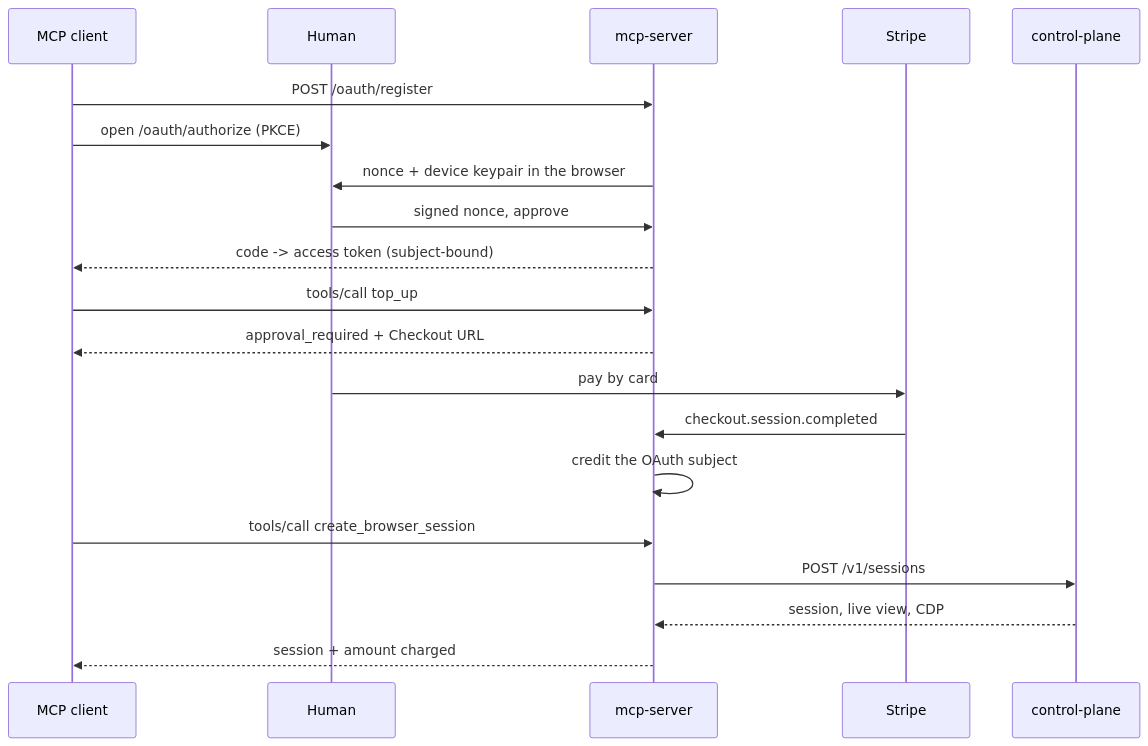
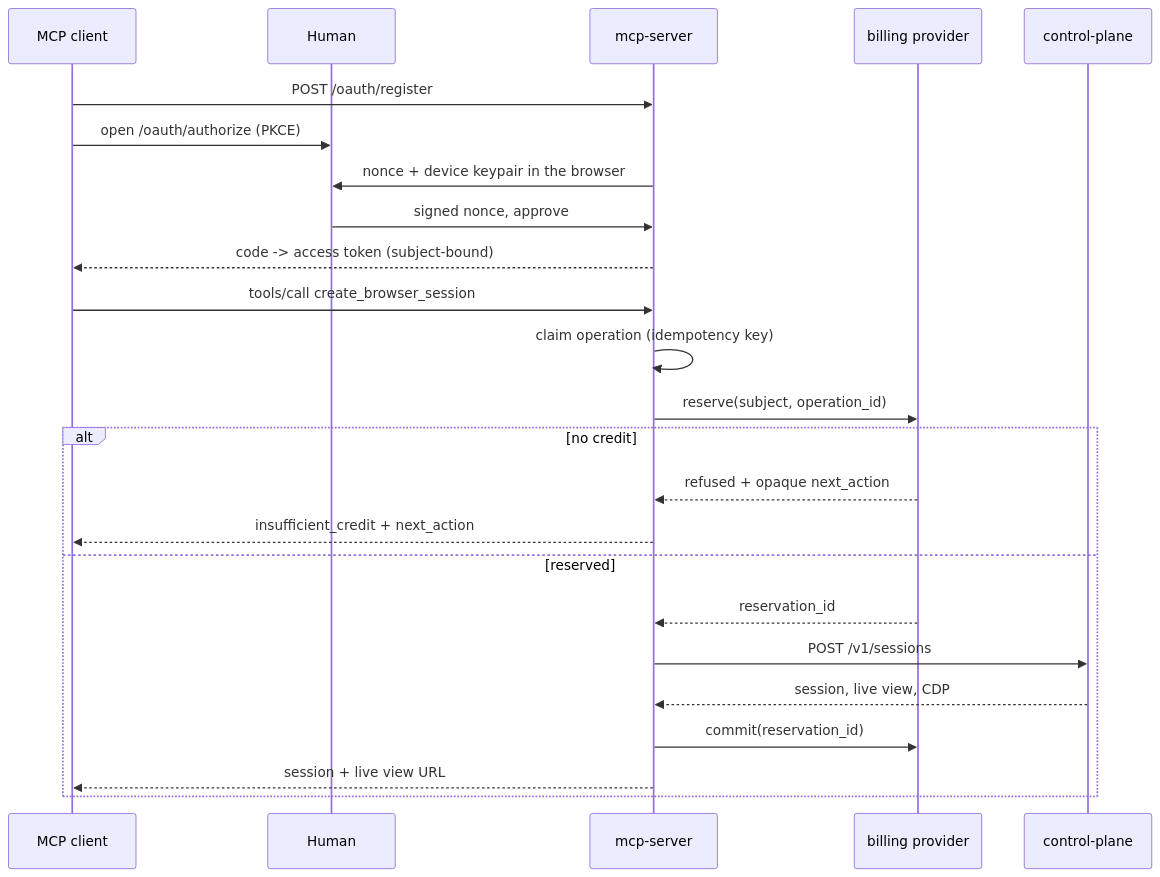
Before and after one commit to reclaimprotocol/popcorn-oss: the diagram in docs/mcp-server.md, drawn with Mermaid. The commit also changed other lines of this file and 18 other files, not shown here.

First line of the commit message:
refactor(mcp-server): billing provider seam, remove Stripe from OSS

````diff
--- a/docs/mcp-server.md
+++ b/docs/mcp-server.md
@@ -16,23 +16,27 @@
 ```mermaid
 sequenceDiagram
     participant Agent as MCP client
     participant User as Human
     participant Mcp as mcp-server
-    participant Stripe
+    participant Billing as billing provider
     participant CP as control-plane
 
     Agent->>Mcp: POST /oauth/register
     Agent->>User: open /oauth/authorize (PKCE)
     Mcp->>User: nonce + device keypair in the browser
     User->>Mcp: signed nonce, approve
     Mcp-->>Agent: code -> access token (subject-bound)
-    Agent->>Mcp: tools/call top_up
-    Mcp-->>Agent: approval_required + Checkout URL
-    User->>Stripe: pay by card
-    Stripe->>Mcp: checkout.session.completed
-    Mcp->>Mcp: credit the OAuth subject
     Agent->>Mcp: tools/call create_browser_session
-    Mcp->>CP: POST /v1/sessions
-    CP-->>Mcp: session, live view, CDP
-    Mcp-->>Agent: session + amount charged
+    Mcp->>Mcp: claim operation (idempotency key)
+    Mcp->>Billing: reserve(subject, operation_id)
+    alt no credit
+        Billing-->>Mcp: refused + opaque next_action
+        Mcp-->>Agent: insufficient_credit + next_action
+    else reserved
+        Billing-->>Mcp: reservation_id
+        Mcp->>CP: POST /v1/sessions
+        CP-->>Mcp: session, live view, CDP
+        Mcp->>Billing: commit(reservation_id)
+        Mcp-->>Agent: session + live view URL
+    end
 ```
````
